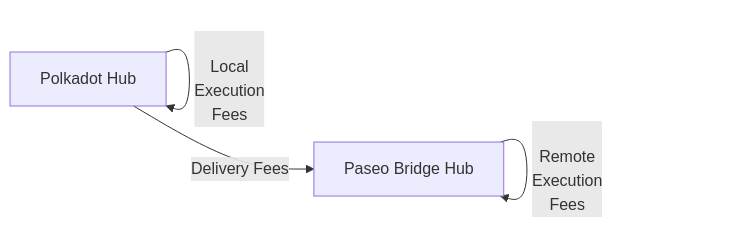
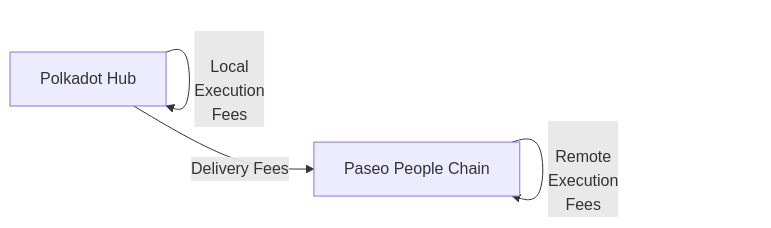
One commit to polkadot-developers/polkadot-docs changed the diagram in chain-interactions/send-transactions/interoperability/estimate-xcm-fees.md. Above: the diagram before and after it, drawn with Mermaid. The commit also changed other lines of this file and 5 other files, not shown here.

Commit message:
Update XCM fee estimation documentation and code for teleporting assets from Polkadot Hub TestNet to People Chain

````diff
--- a/chain-interactions/send-transactions/interoperability/estimate-xcm-fees.md
+++ b/chain-interactions/send-transactions/interoperability/estimate-xcm-fees.md
@@ -28,6 +28,6 @@
 ```mermaid
 flowchart LR
-    PolkadotHub[Polkadot Hub] -->|Delivery Fees| BridgeHub[Paseo Bridge Hub]
+    PolkadotHub[Polkadot Hub] -->|Delivery Fees| PeopleChain[Paseo People Chain]
     PolkadotHub -->|<br />Local<br />Execution<br />Fees| PolkadotHub
-    BridgeHub -->|<br />Remote<br />Execution<br />Fees| BridgeHub
+    PeopleChain -->|<br />Remote<br />Execution<br />Fees| PeopleChain
 ```
````
